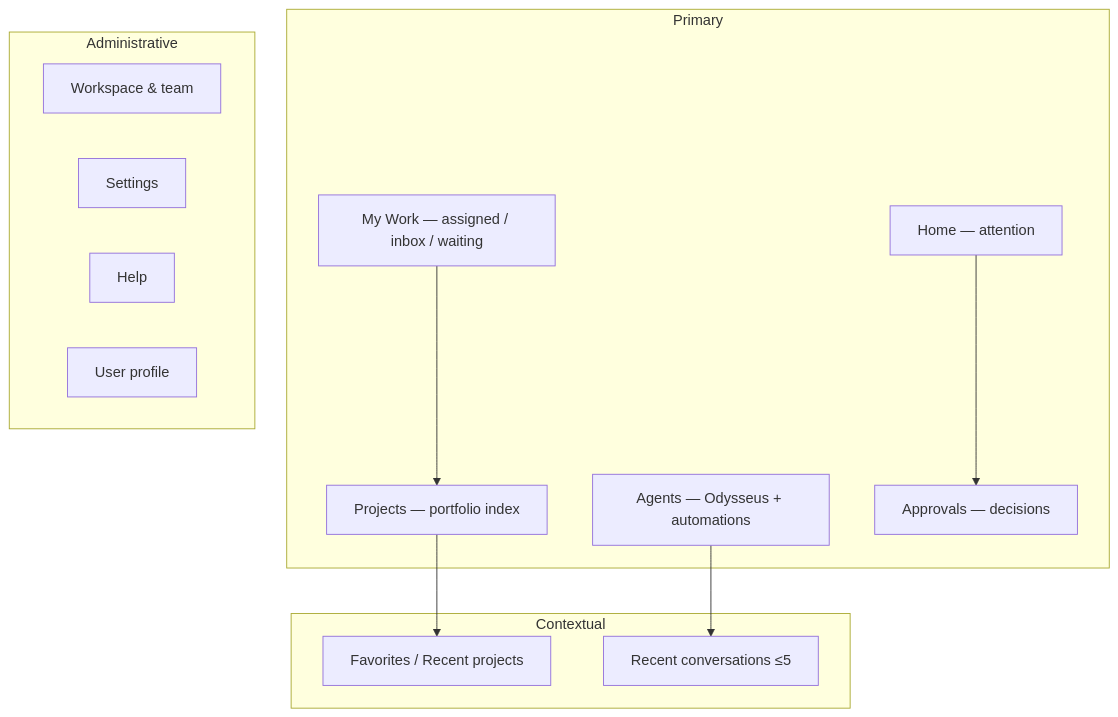
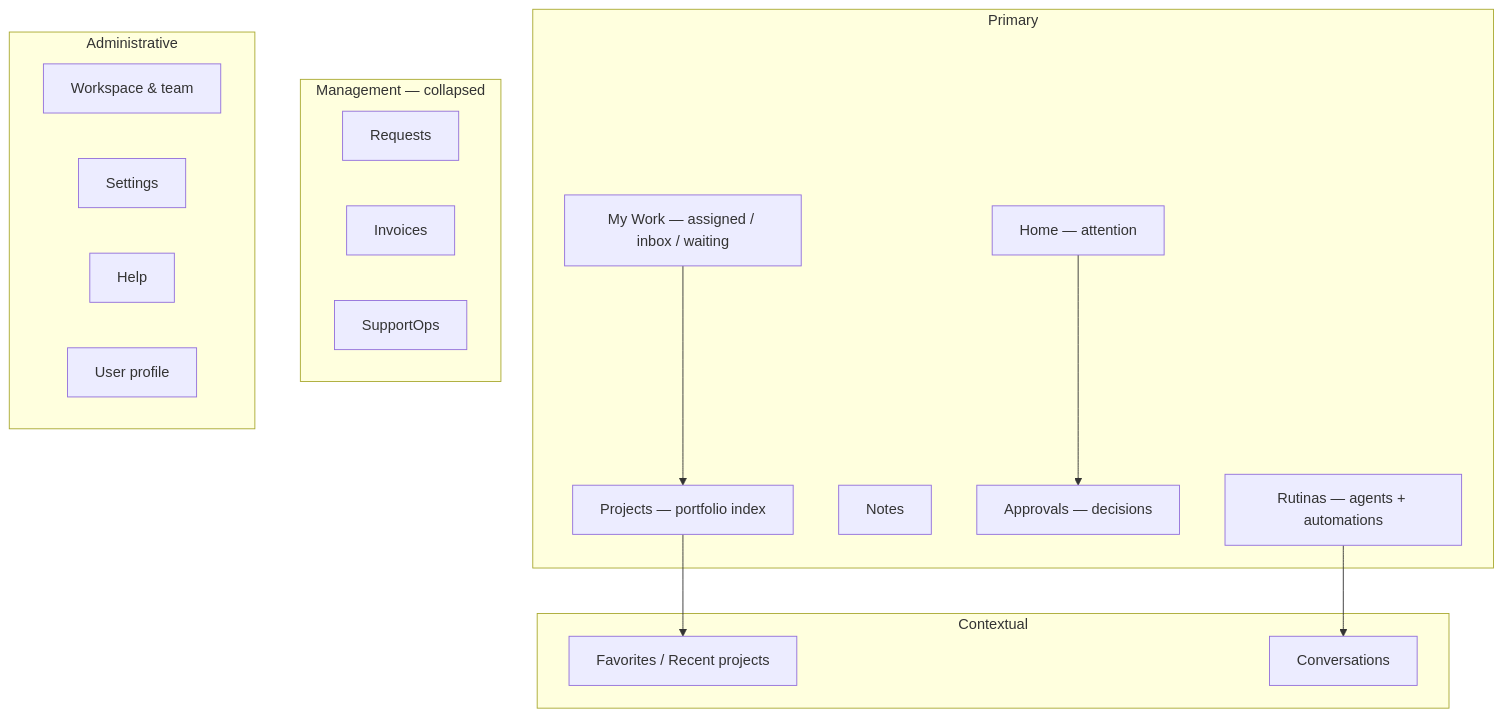
Before and after one commit to ppaassaallee/CertoWork: the diagram in docs/ux-navigation/target-ia.md, drawn with Mermaid. The commit also changed other lines of this file and 6 other files, not shown here.

First line of the commit message:
Simplify sidebar: quiet essentials, Management group, Rutinas (#121)

````diff
--- a/docs/ux-navigation/target-ia.md
+++ b/docs/ux-navigation/target-ia.md
@@ -3,24 +3,30 @@
 ```mermaid
 flowchart TB
   subgraph primary [Primary]
     Home["Home — attention"]
     MyWork["My Work — assigned / inbox / waiting"]
     Projects["Projects — portfolio index"]
-    Agents["Agents — Odysseus + automations"]
+    Notes["Notes"]
     Approvals["Approvals — decisions"]
+    Rutinas["Rutinas — agents + automations"]
   end
   subgraph context [Contextual]
     Fav["Favorites / Recent projects"]
-    RecentChat["Recent conversations ≤5"]
+    RecentChat["Conversations"]
+  end
+  subgraph management [Management — collapsed]
+    Requests["Requests"]
+    Invoices["Invoices"]
+    SupportOps["SupportOps"]
   end
   subgraph admin [Administrative]
     Workspace["Workspace & team"]
     Settings["Settings"]
     Help["Help"]
     Profile["User profile"]
   end
   Home --> Approvals
   MyWork --> Projects
   Projects --> Fav
-  Agents --> RecentChat
+  Rutinas --> RecentChat
 ```
````
